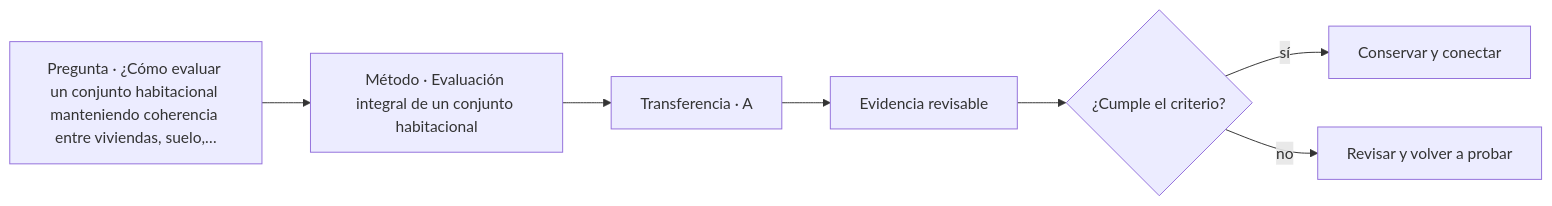
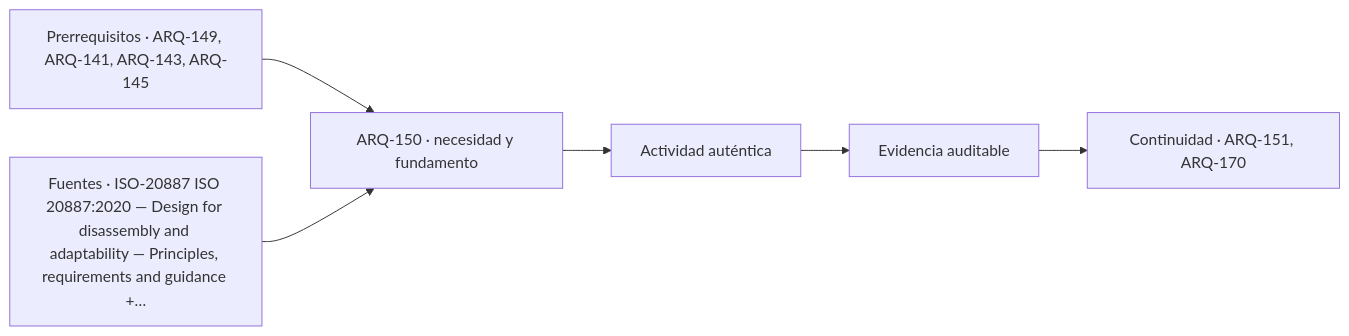
The diagram in classes/parte-15/ARQ-150.md (vladimiracunadev-create/architecture-built-environment-learning-program), drawn with Mermaid before and after one commit. The commit also changed other lines of this file and 761 other files, not shown here.

````diff
--- a/classes/parte-15/ARQ-150.md
+++ b/classes/parte-15/ARQ-150.md
@@ -110,9 +122,8 @@
 ```mermaid
 flowchart LR
-    Q["Pregunta · ¿Cómo evaluar un conjunto habitacional manteniendo coherencia entre viviendas, suelo,…"] --> M["Método · Evaluación integral de un conjunto habitacional"]
-    M --> P["Transferencia · A"]
-    P --> E["Evidencia revisable"]
-    E --> C{"¿Cumple el criterio?"}
-    C -->|sí| T["Conservar y conectar"]
-    C -->|no| R["Revisar y volver a probar"]
+    A["Prerrequisitos · ARQ-149, ARQ-141, ARQ-143, ARQ-145"] --> B["ARQ-150 · necesidad y fundamento"]
+    S["Fuentes · ISO-20887 ISO 20887:2020 — Design for disassembly and adaptability — Principles, requirements and guidance +…"] --> B
+    B --> C["Actividad auténtica"]
+    C --> D["Evidencia auditable"]
+    D --> E["Continuidad · ARQ-151, ARQ-170"]
 ```
````
